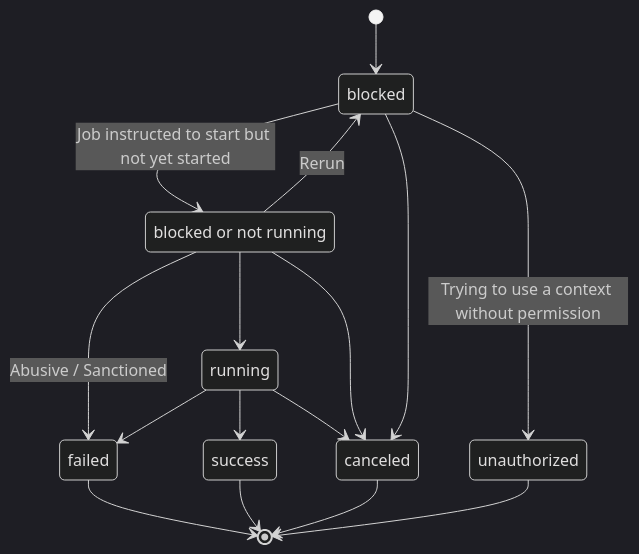
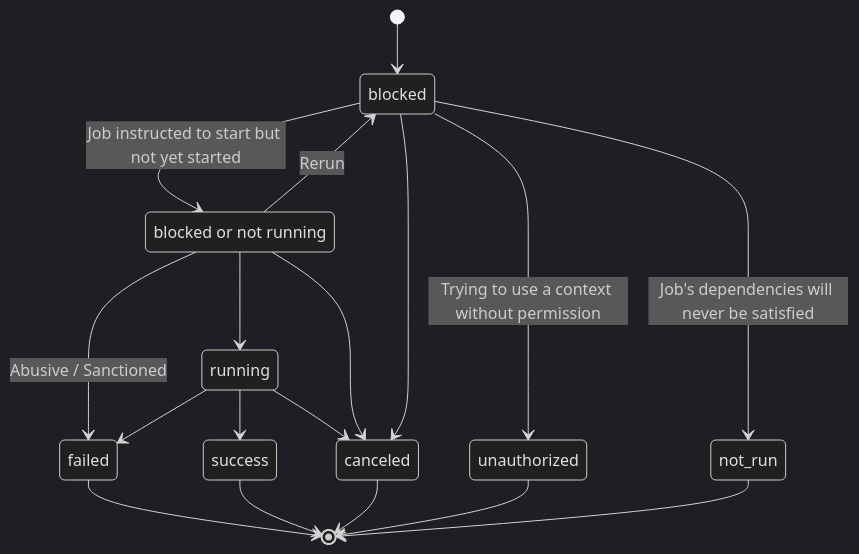
One commit to circleci/circleci-docs changed the first of 2 diagrams in docs/guides/modules/orchestrate/pages/jobs-steps.adoc. Above: the diagram before and after it, drawn with Mermaid (dark theme). The commit also changed 2 other files, not shown here.

Commit message:
add not_run to upstream docs + job statuses graph

```diff
--- a/docs/guides/modules/orchestrate/pages/jobs-steps.adoc
+++ b/docs/guides/modules/orchestrate/pages/jobs-steps.adoc
@@ -79,27 +79,29 @@
 [mermaid]
 ----
 stateDiagram-v2
     direction TB
     [*] --> blocked
 
     state "blocked or not running" as pending
     blocked --> pending : Job instructed to start but not yet started
     blocked --> unauthorized : Trying to use a context without permission
+    blocked --> not_run : Job's dependencies will never be satisfied
    
     pending --> running
     
     pending --> blocked : Rerun
     
     running --> canceled
     pending --> canceled
     blocked --> canceled
 
     pending --> failed : Abusive / Sanctioned
     running --> failed
     running --> success
     
     failed --> [*]
     success --> [*]
     canceled --> [*]
     unauthorized --> [*]
+    not_run --> [*]
 ----
```
